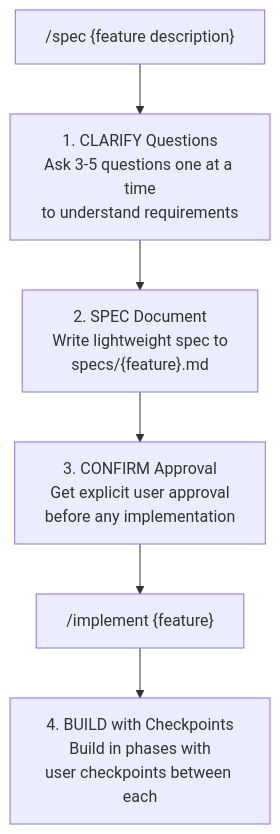
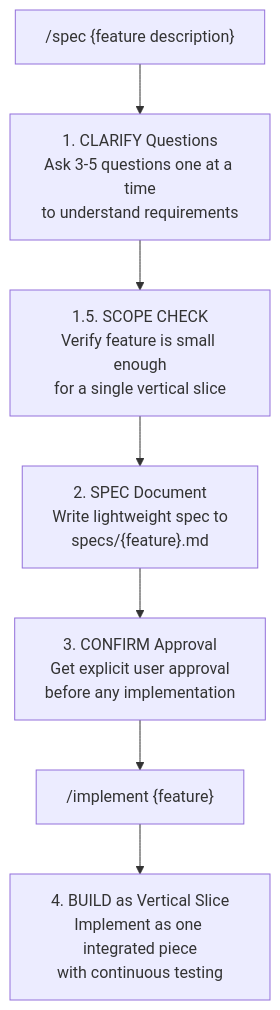
One commit to heiko-braun/draft changed the diagram in README.md. Above: the diagram before and after it, drawn with Mermaid. The commit also changed other lines of this file, not shown here.

First line of the commit message:
Update README to reflect latest spec skill changes

````diff
--- a/README.md
+++ b/README.md
@@ -18,8 +18,9 @@
 ```mermaid
 flowchart TD
     A["/spec {feature description}"] --> B["1. CLARIFY Questions<br/>Ask 3-5 questions one at a time<br/>to understand requirements"]
-    B --> C["2. SPEC Document<br/>Write lightweight spec to<br/>specs/{feature}.md"]
+    B --> B2["1.5. SCOPE CHECK<br/>Verify feature is small enough<br/>for a single vertical slice"]
+    B2 --> C["2. SPEC Document<br/>Write lightweight spec to<br/>specs/{feature}.md"]
     C --> D["3. CONFIRM Approval<br/>Get explicit user approval<br/>before any implementation"]
     D --> E["/implement {feature}"]
-    E --> F["4. BUILD with Checkpoints<br/>Build in phases with<br/>user checkpoints between each"]
+    E --> F["4. BUILD as Vertical Slice<br/>Implement as one integrated piece<br/>with continuous testing"]
 ```
````
